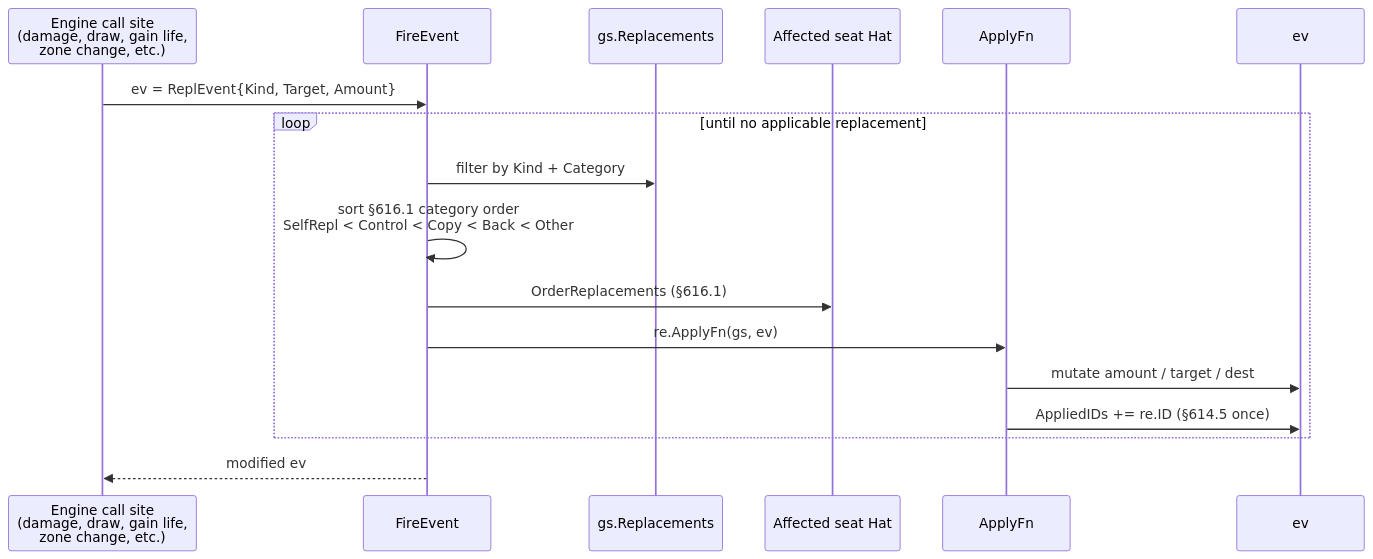
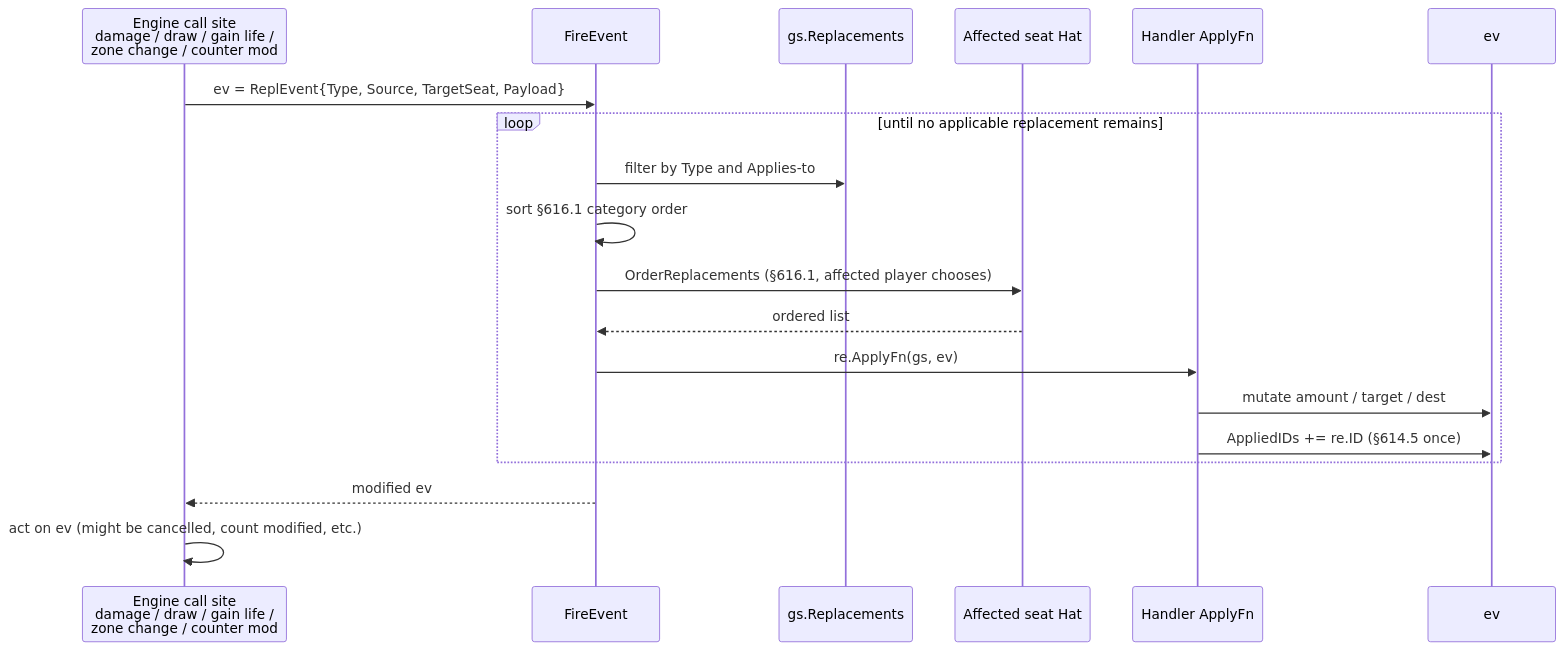
Before and after one commit to HexDek/HexDek: the first of 2 diagrams in docs/Replacement Effects.md, drawn with Mermaid. The commit also changed other lines of this file and 18 other files, not shown here.

````diff
--- a/docs/Replacement Effects.md
+++ b/docs/Replacement Effects.md
@@ -11,19 +28,21 @@
 ```mermaid
 sequenceDiagram
-    participant Caller as Engine call site<br/>(damage, draw, gain life,<br/>zone change, etc.)
+    participant Caller as Engine call site<br/>damage / draw / gain life /<br/>zone change / counter mod
     participant Fire as FireEvent
     participant Reg as gs.Replacements
     participant Hat as Affected seat Hat
-    participant Apply as ApplyFn
+    participant Apply as Handler ApplyFn
 
-    Caller->>Fire: ev = ReplEvent{Kind, Target, Amount}
-    loop until no applicable replacement
-        Fire->>Reg: filter by Kind + Category
-        Fire->>Fire: sort §616.1 category order<br/>SelfRepl < Control < Copy < Back < Other
-        Fire->>Hat: OrderReplacements (§616.1)
+    Caller->>Fire: ev = ReplEvent{Type, Source, TargetSeat, Payload}
+    loop until no applicable replacement remains
+        Fire->>Reg: filter by Type and Applies-to
+        Fire->>Fire: sort §616.1 category order
+        Fire->>Hat: OrderReplacements (§616.1, affected player chooses)
+        Hat-->>Fire: ordered list
         Fire->>Apply: re.ApplyFn(gs, ev)
         Apply->>ev: mutate amount / target / dest
         Apply->>ev: AppliedIDs += re.ID (§614.5 once)
     end
     Fire-->>Caller: modified ev
+    Caller->>Caller: act on ev (might be cancelled, count modified, etc.)
 ```
````
